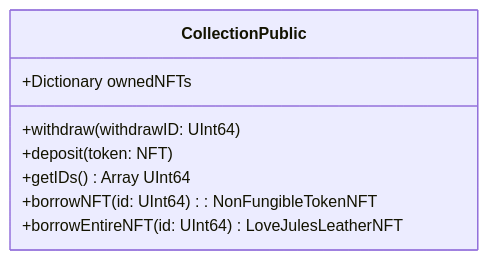
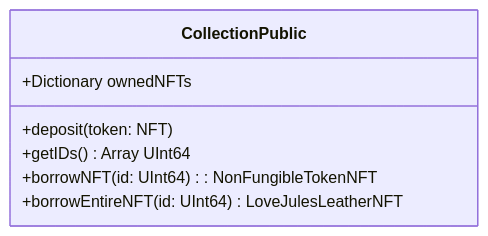
Before and after one commit to Ethos-Multiverse/flow-love-jules-leather: the seventh of 9 diagrams in cadence/README.md, drawn with Mermaid. The commit also changed other lines of this file, not shown here.

````diff
--- a/cadence/README.md
+++ b/cadence/README.md
@@ -159,11 +170,10 @@
-```mermaid
-			  classDiagram
-			  class CollectionPublic{
-				+Dictionary ownedNFTs
-				+withdraw(withdrawID: UInt64)
-				+deposit(token: NFT)
-				+getIDs()  Array UInt64
-				+borrowNFT(id: UInt64): NonFungibleTokenNFT
-				+borrowEntireNFT(id: UInt64) LoveJulesLeatherNFT
-			  }
-```
+	```mermaid
+					classDiagram
+					class CollectionPublic{
+					+Dictionary ownedNFTs
+					+deposit(token: NFT)
+					+getIDs()  Array UInt64
+					+borrowNFT(id: UInt64): NonFungibleTokenNFT
+					+borrowEntireNFT(id: UInt64) LoveJulesLeatherNFT
+					}
+	```
````
